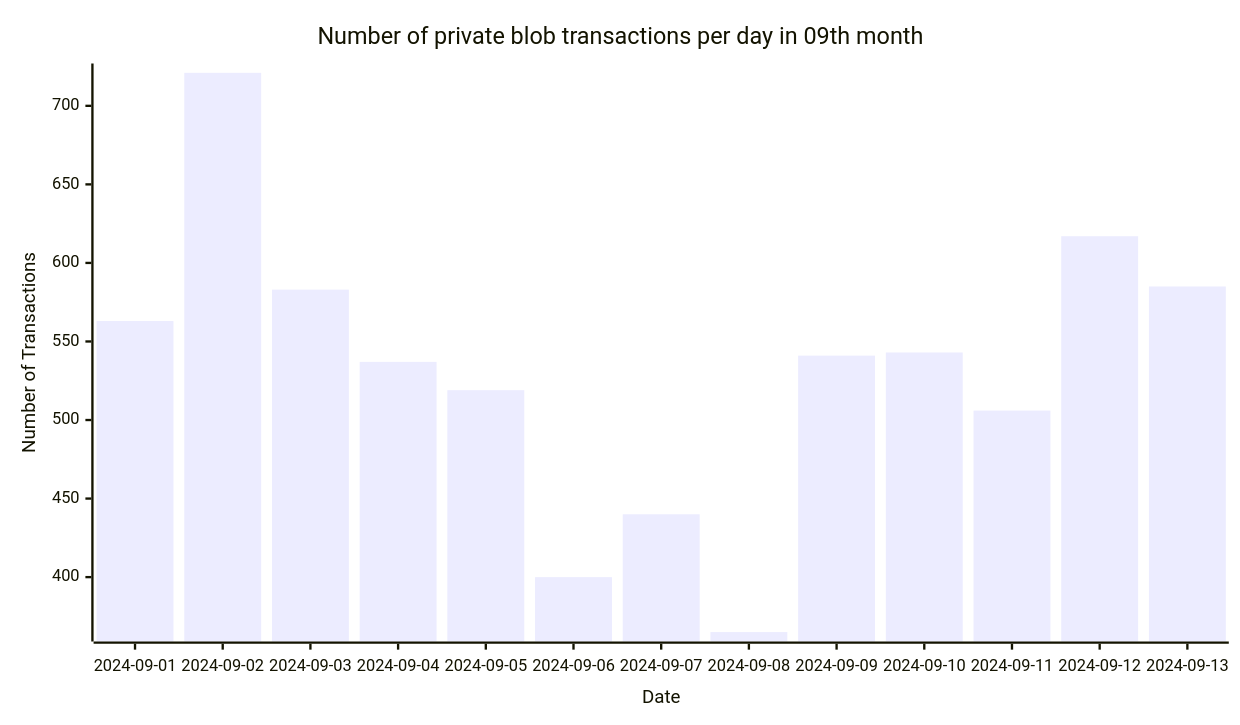
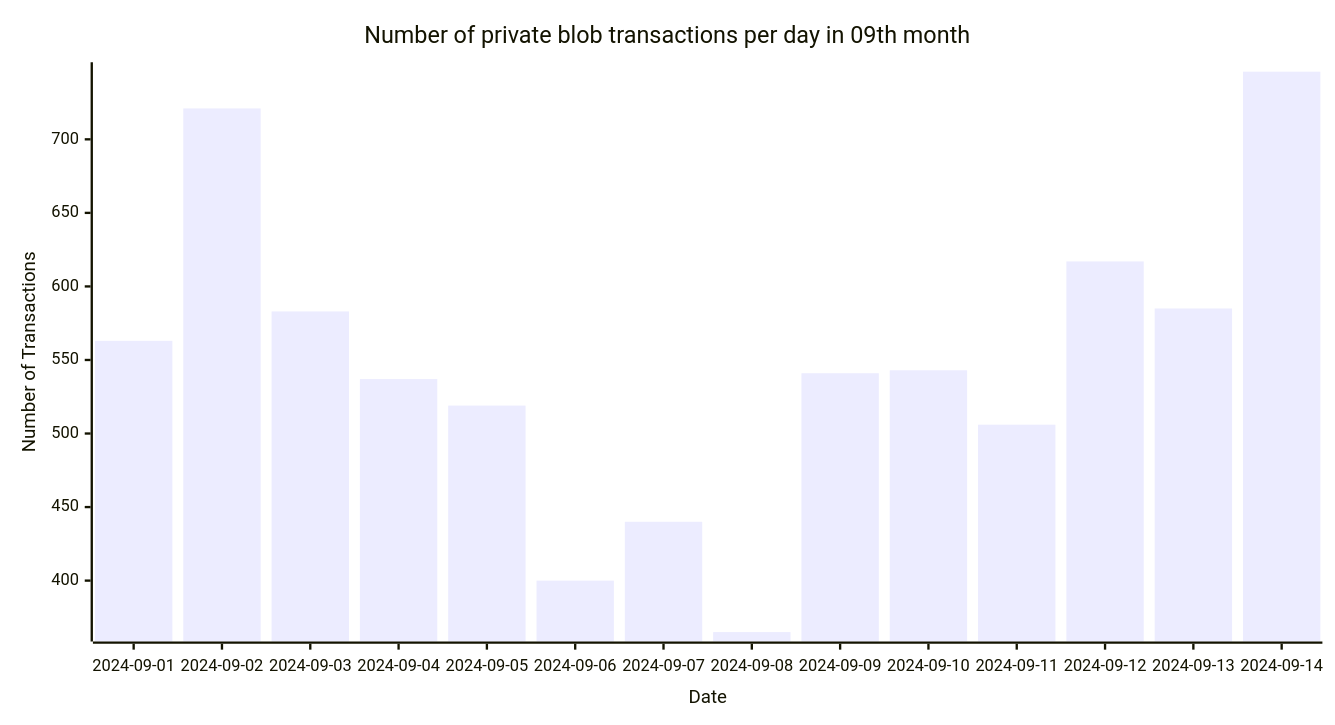
The seventh of 7 diagrams in README.md (Amit0617/eip4844-data), drawn with Mermaid before and after one commit. The commit also changed 1 other file, not shown here.

````diff
--- a/README.md
+++ b/README.md
@@ -79,12 +79,12 @@
 ```mermaid
 ---
 config:
     xyChart:
-        width: 1040
+        width: 1120
         height: 600
 ---
 xychart-beta title "Number of private blob transactions per day in 09th month"
-x-axis "Date" [2024-09-01,2024-09-02,2024-09-03,2024-09-04,2024-09-05,2024-09-06,2024-09-07,2024-09-08,2024-09-09,2024-09-10,2024-09-11,2024-09-12,2024-09-13]
+x-axis "Date" [2024-09-01,2024-09-02,2024-09-03,2024-09-04,2024-09-05,2024-09-06,2024-09-07,2024-09-08,2024-09-09,2024-09-10,2024-09-11,2024-09-12,2024-09-13,2024-09-14]
 y-axis "Number of Transactions"
-bar[563,721,583,537,519,400,440,365,541,543,506,617,585]
+bar[563,721,583,537,519,400,440,365,541,543,506,617,585,746]
 ```
````
